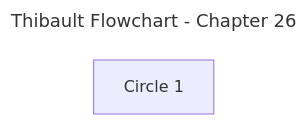
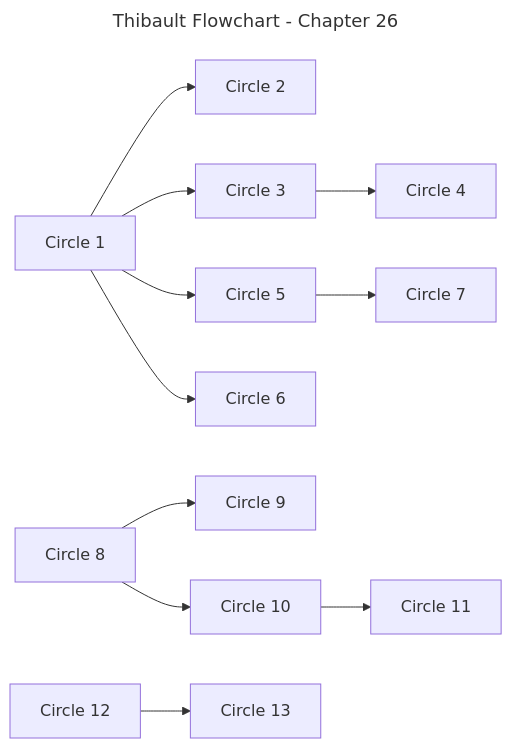
Before and after one commit to aquesnel/thibault-flowchart: the diagram in flowchart-per-chapter/chapter-26.mmd, drawn with Mermaid.

Commit message:
feat(ch26): initial flowchart of the circles

```diff
--- a/flowchart-per-chapter/chapter-26.mmd
+++ b/flowchart-per-chapter/chapter-26.mmd
@@ -1,10 +1,15 @@
 ---
-title: Thibault Flowchart - Chapter 26
 config:
   layout: dagre
   flowchart:
     htmlLabels: false
+title: Thibault Flowchart - Chapter 26
 ---
 flowchart LR
-	%% Nodes
-	B1_T26_C01["Circle 1"]
+    B1_T22_C01["Circle 1"] --> B1_T22_C02["Circle 2"] & B1_T22_C03["Circle 3"] & B1_T22_C05["Circle 5"]
+    B1_T22_C05 --> B1_T22_C07["Circle 7"]
+    B1_T22_C08["Circle 8"] --> B1_T22_C09["Circle 9"] & B1_T22_C10["Circle 10"]
+    B1_T22_C10 --> B1_T22_C11["Circle 11"]
+    B1_T22_C12["Circle 12"] --> B1_T22_C13["Circle 13"]
+    B1_T22_C03 --> B1_T22_C04["Circle 4"]
+    B1_T22_C01 --> B1_T22_C06["Circle 6"]
```
